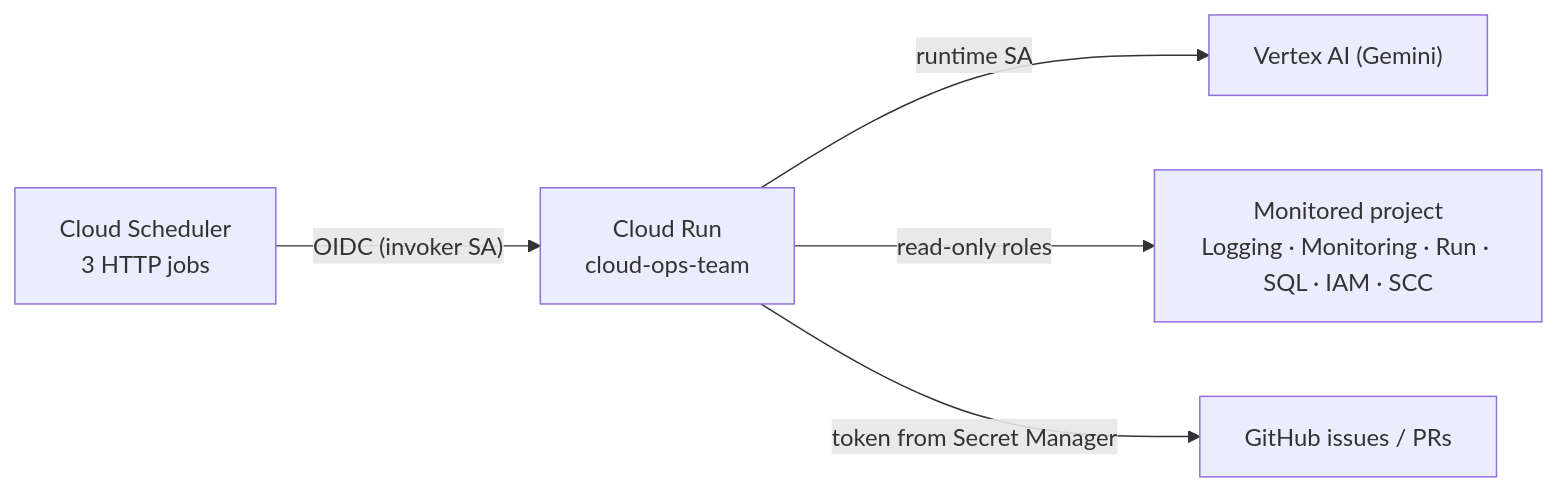
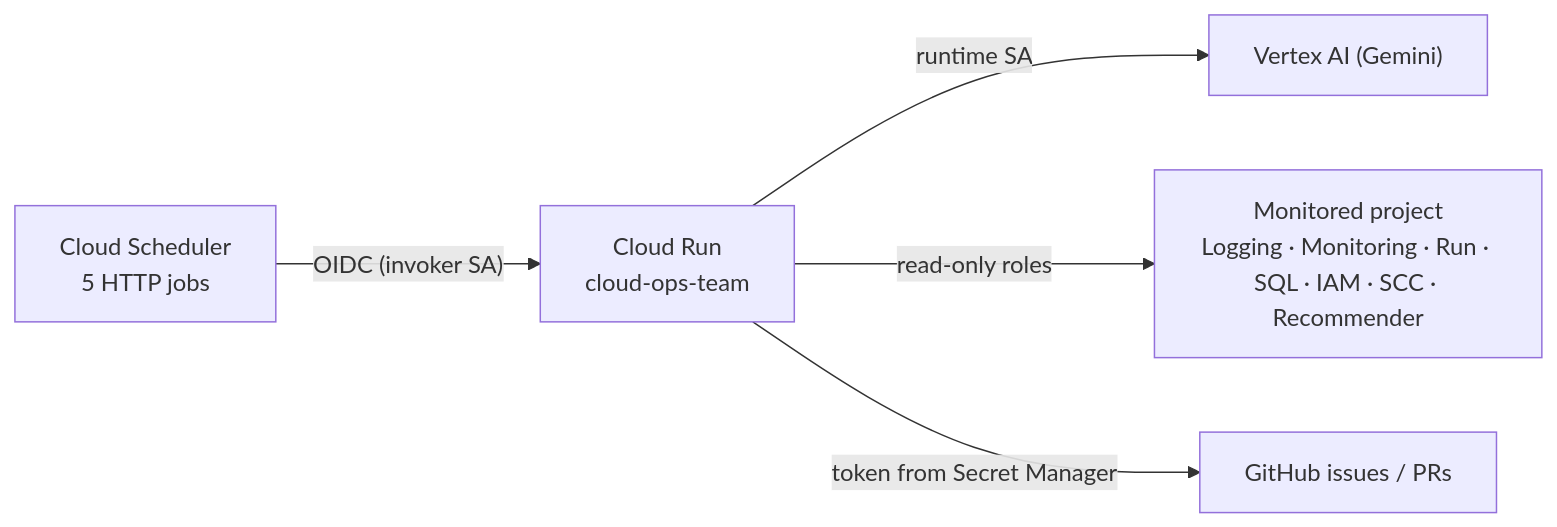
One commit to atsuki-sakai/cloud-ops-team changed the diagram in docs/en/deployment-gcp.md. Above: the diagram before and after it, drawn with Mermaid. The commit also changed other lines of this file and 61 other files, not shown here.

````diff
--- a/docs/en/deployment-gcp.md
+++ b/docs/en/deployment-gcp.md
@@ -9,7 +9,7 @@
 ```mermaid
 flowchart LR
-    SCH["Cloud Scheduler<br/>3 HTTP jobs"] -- "OIDC (invoker SA)" --> RUN["Cloud Run<br/>cloud-ops-team"]
+    SCH["Cloud Scheduler<br/>5 HTTP jobs"] -- "OIDC (invoker SA)" --> RUN["Cloud Run<br/>cloud-ops-team"]
     RUN -- "runtime SA" --> VTX["Vertex AI (Gemini)"]
-    RUN -- "read-only roles" --> TGT["Monitored project<br/>Logging · Monitoring · Run · SQL · IAM · SCC"]
+    RUN -- "read-only roles" --> TGT["Monitored project<br/>Logging · Monitoring · Run · SQL · IAM · SCC · Recommender"]
     RUN -- "token from Secret Manager" --> GH["GitHub issues / PRs"]
 ```
````
